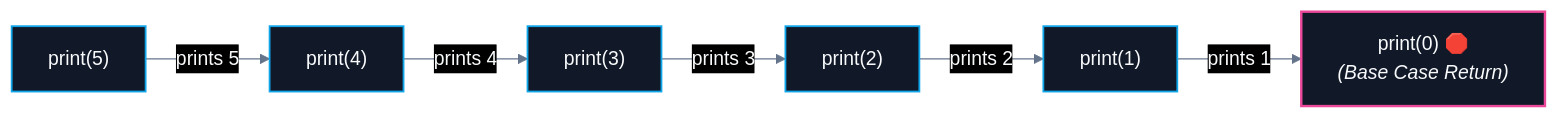
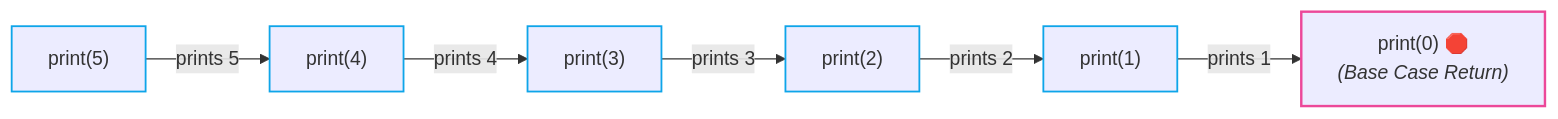
The first of 2 diagrams in CS/DSA/05. Recursion & Backtracking/01. Recursion Fundamentals.md (abhinavbharti2345/CS_Notes), drawn with Mermaid before and after one commit. The commit also changed other lines of this file and 91 other files, not shown here.

````diff
--- a/CS/DSA/05. Recursion & Backtracking/01. Recursion Fundamentals.md
+++ b/CS/DSA/05. Recursion & Backtracking/01. Recursion Fundamentals.md
@@ -67,14 +67,13 @@
 ```mermaid
-%%{init: {'theme': 'base', 'themeVariables': { 'darkMode': true, 'background': '#0B0F14', 'mainBkg': '#111827', 'primaryColor': '#111827', 'primaryTextColor': '#F8FAFC', 'primaryBorderColor': '#38BDF8', 'lineColor': '#64748B', 'secondaryColor': '#0B0F14', 'tertiaryColor': '#0B0F14', 'clusterBkg': '#0B0F14', 'clusterBorder': '#38BDF8' }}}%%
 flowchart LR
     P5["print(5)"] -->|prints 5| P4["print(4)"]
     P4 -->|prints 4| P3["print(3)"]
     P3 -->|prints 3| P2["print(2)"]
     P2 -->|prints 2| P1["print(1)"]
     P1 -->|prints 1| P0["print(0) 🛑<br/><i>(Base Case Return)</i>"]
 
-    classDef frame fill:#111827,stroke:#0ea5e9,stroke-width:1.5px,color:#F8FAFC;
-    classDef base fill:#111827,stroke:#ec4899,stroke-width:2px,color:#F8FAFC;
+    classDef frame stroke:#0ea5e9,stroke-width:1.5px;
+    classDef base stroke:#ec4899,stroke-width:2px;
     class P5,P4,P3,P2,P1 frame;
     class P0 base;
 ```
````
